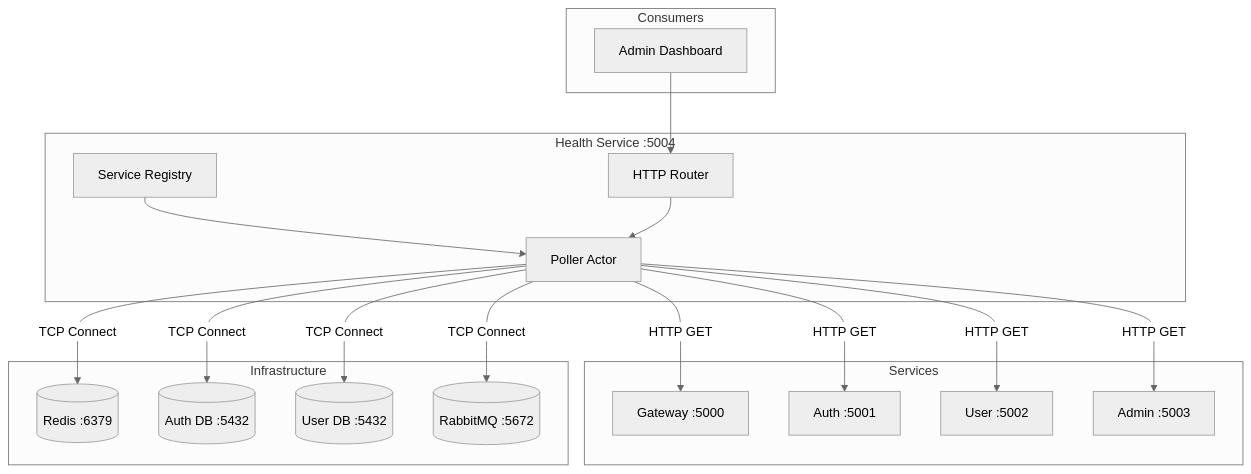
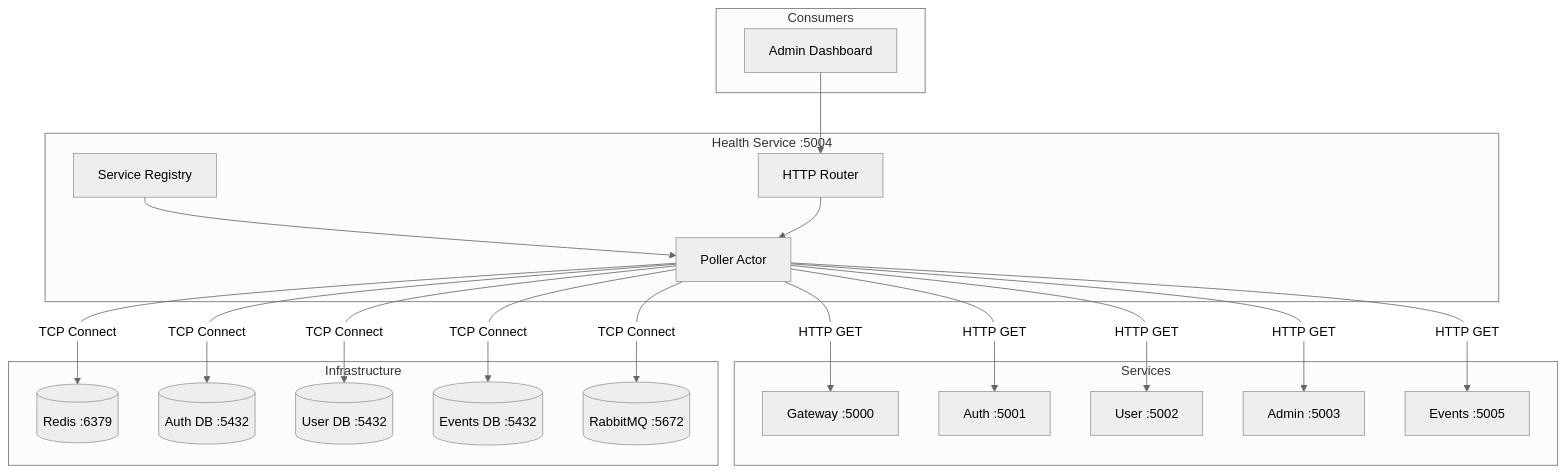
Before and after one commit to Nechja/hellArch: the first of 4 diagrams in docs/guide/services/health.md, drawn with Mermaid (neutral theme). The commit also changed other lines of this file and 170 other files, not shown here.

````diff
--- a/docs/guide/services/health.md
+++ b/docs/guide/services/health.md
@@ -17,38 +17,42 @@
 ```mermaid
 graph TB
     subgraph Health Service :5004
         POLLER[Poller Actor]
         ROUTER[HTTP Router]
         REG[Service Registry]
     end
 
     subgraph Services
         GW[Gateway :5000]
         AUTH[Auth :5001]
         USER[User :5002]
         ADMIN[Admin :5003]
+        EVENTS[Events :5005]
     end
 
     subgraph Infrastructure
         REDIS[(Redis :6379)]
         AUTHDB[(Auth DB :5432)]
         USERDB[(User DB :5432)]
+        EVENTSDB[(Events DB :5432)]
         RMQ[(RabbitMQ :5672)]
     end
 
     subgraph Consumers
         DASHBOARD[Admin Dashboard]
     end
 
     REG --> POLLER
     POLLER -->|HTTP GET| GW
     POLLER -->|HTTP GET| AUTH
     POLLER -->|HTTP GET| USER
     POLLER -->|HTTP GET| ADMIN
+    POLLER -->|HTTP GET| EVENTS
     POLLER -->|TCP Connect| REDIS
     POLLER -->|TCP Connect| AUTHDB
     POLLER -->|TCP Connect| USERDB
+    POLLER -->|TCP Connect| EVENTSDB
     POLLER -->|TCP Connect| RMQ
     ROUTER --> POLLER
     DASHBOARD --> ROUTER
 ```
````
